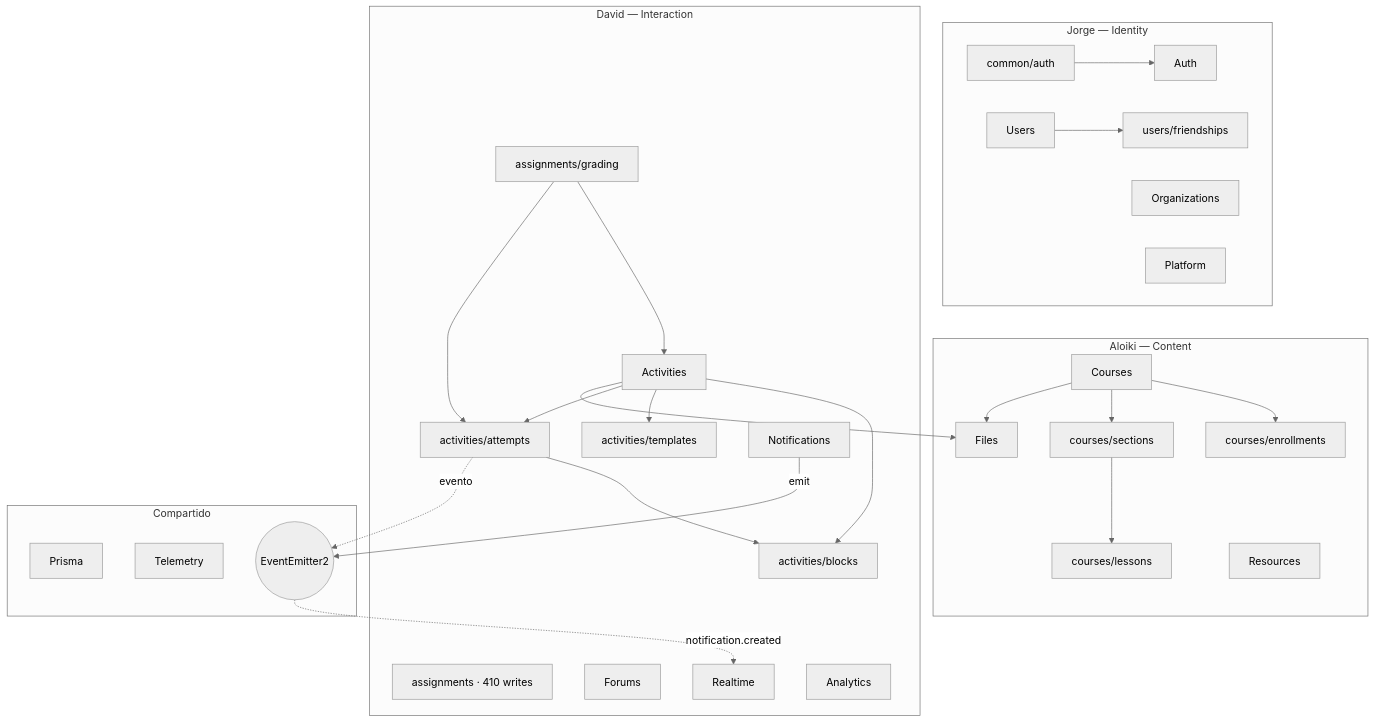
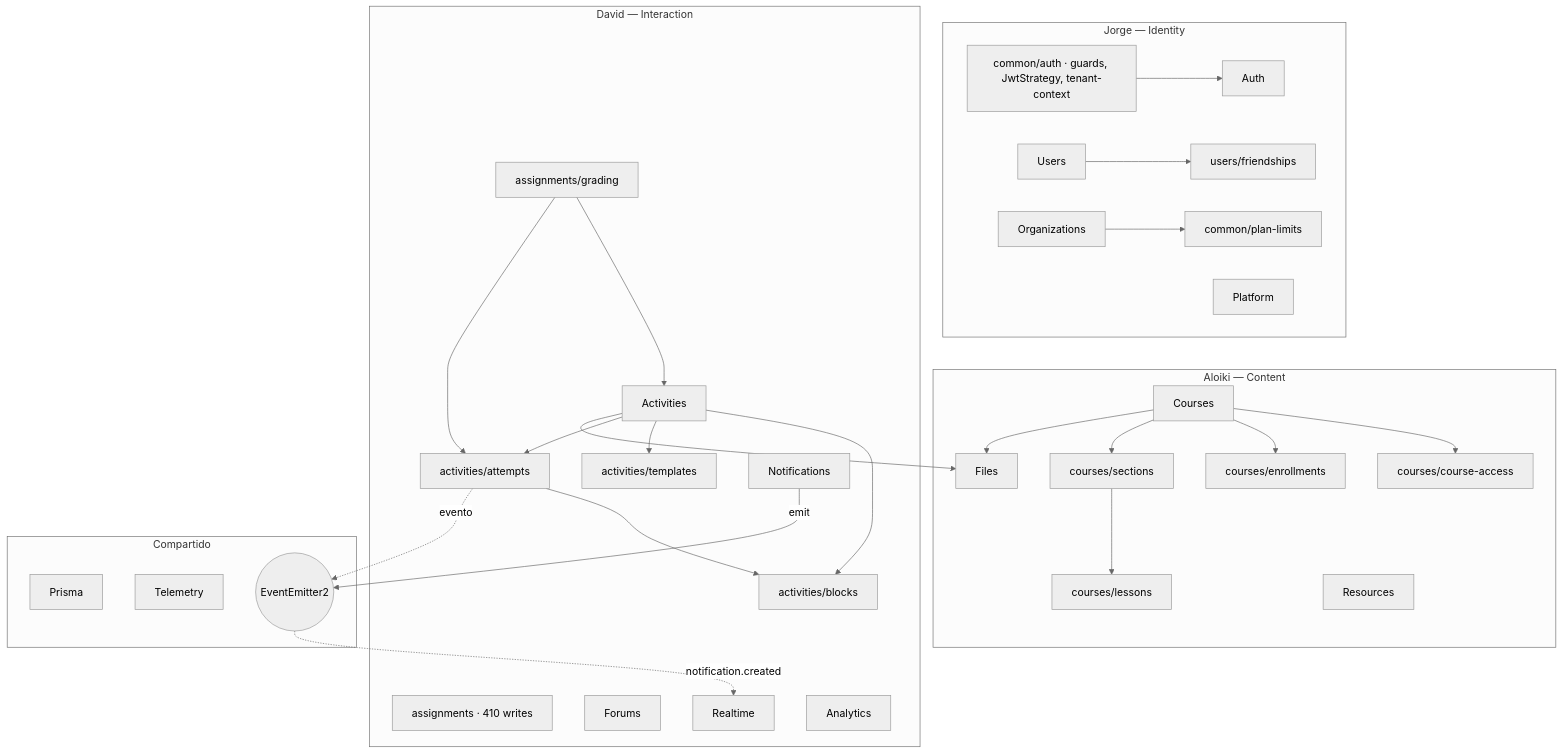
One commit to Klass42/ft_trascendence changed the fifth of 13 diagrams in docs/diagrams.md. Above: the diagram before and after it, drawn with Mermaid (neutral theme). The commit also changed other lines of this file and 2 other files, not shown here.

Commit message:
docs: sync diagrams/checklist with staging and add subject defense guide (#153)

````diff
--- a/docs/diagrams.md
+++ b/docs/diagrams.md
@@ -323,56 +336,60 @@
 ```mermaid
 flowchart TB
   subgraph jorge["Jorge — Identity"]
     Auth
     Users
     Friendships["users/friendships"]
     Organizations
     Platform
-    CommonAuth["common/auth"]
+    CommonAuth["common/auth · guards, JwtStrategy, tenant-context"]
+    PlanLimits["common/plan-limits"]
   end
 
   subgraph aloiki["Aloiki — Content"]
     Courses
+    CourseAccess["courses/course-access"]
     Enrollments["courses/enrollments"]
     Sections["courses/sections"]
     Lessons["courses/lessons"]
     Files
     Resources
   end
 
   subgraph david["David — Interaction"]
     Activities
     Templates["activities/templates"]
     Attempts["activities/attempts"]
     Blocks["activities/blocks"]
     Assignments["assignments · 410 writes"]
     Grading["assignments/grading"]
     Forums
     Notifications
     Realtime
     Analytics
   end
 
   subgraph shared["Compartido"]
     Prisma
     Telemetry
     Bus(("EventEmitter2"))
   end
 
   CommonAuth --> Auth
   Activities --> Blocks
   Activities --> Templates
   Activities --> Attempts
   Attempts --> Blocks
   Attempts -. "evento" .-> Bus
   Notifications -- "emit" --> Bus
   Bus -. "notification.created" .-> Realtime
   Users --> Friendships
+  Courses --> CourseAccess
+  Organizations --> PlanLimits
   Courses --> Enrollments
   Courses --> Sections
   Sections --> Lessons
   Grading --> Activities
   Grading --> Attempts
   Courses --> Files
   Activities --> Files
 ```
````
